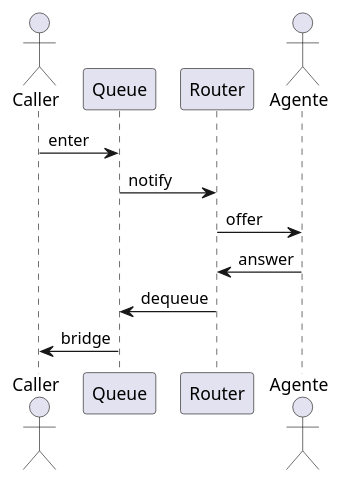
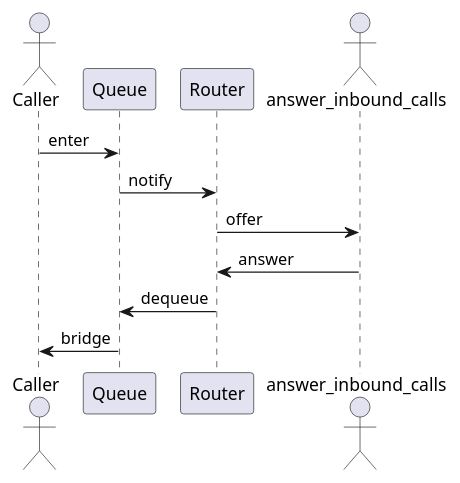
One commit to jcg-admin/IACT-docs changed the fourth of 4 diagrams in source/requisitos/casos-uso/caller/uc-cli-03/diagramas-uml.rst. Above: the diagram before and after it, drawn with PlantUML. The commit also changed 157 other files, not shown here.

First line of the commit message:
Enforce catalog function names across all diagrams

```diff
--- a/source/requisitos/casos-uso/caller/uc-cli-03/diagramas-uml.rst
+++ b/source/requisitos/casos-uso/caller/uc-cli-03/diagramas-uml.rst
@@ -65,14 +65,14 @@
 .. uml::
 
  @startuml
  actor "Caller" as C
  participant "Queue" as Q
  participant "Router" as R
- actor "Agente" as A
+ actor "answer_inbound_calls" as A
  C -> Q: enter
  Q -> R: notify
  R -> A: offer
  A -> R: answer
  R -> Q: dequeue
  Q -> C: bridge
  @enduml
```
